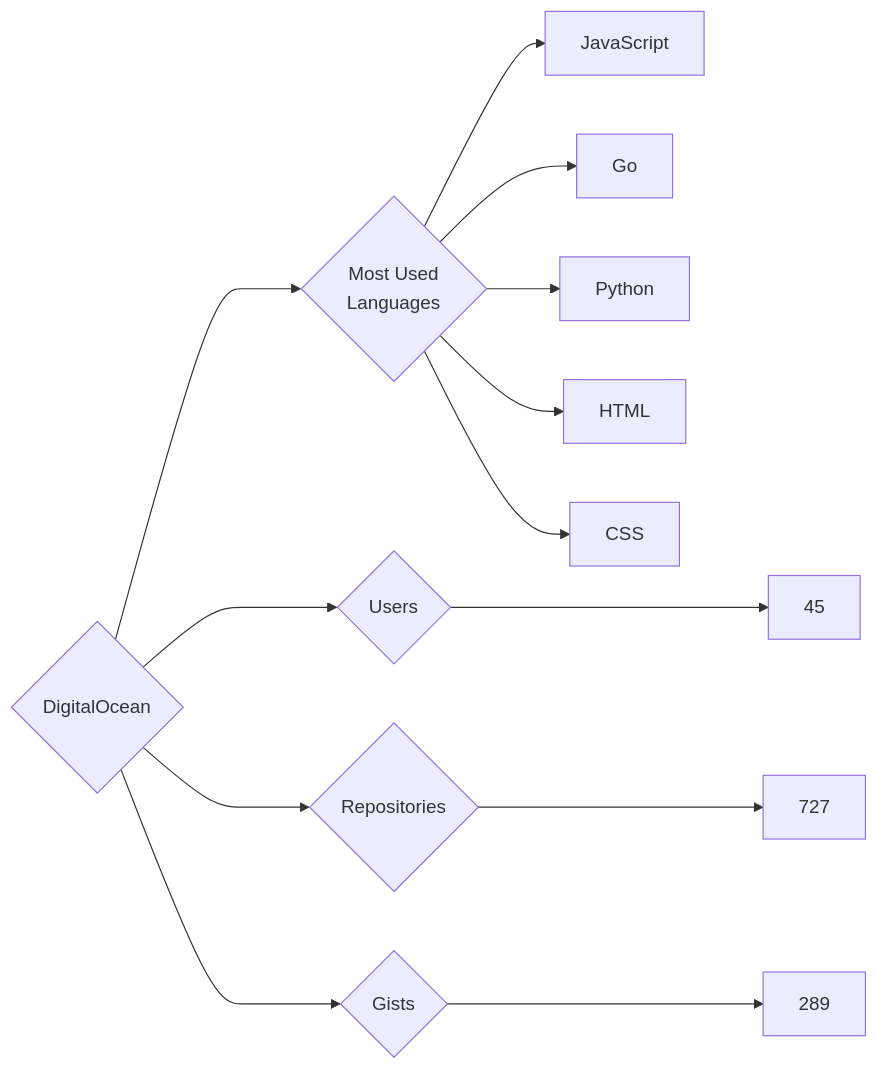
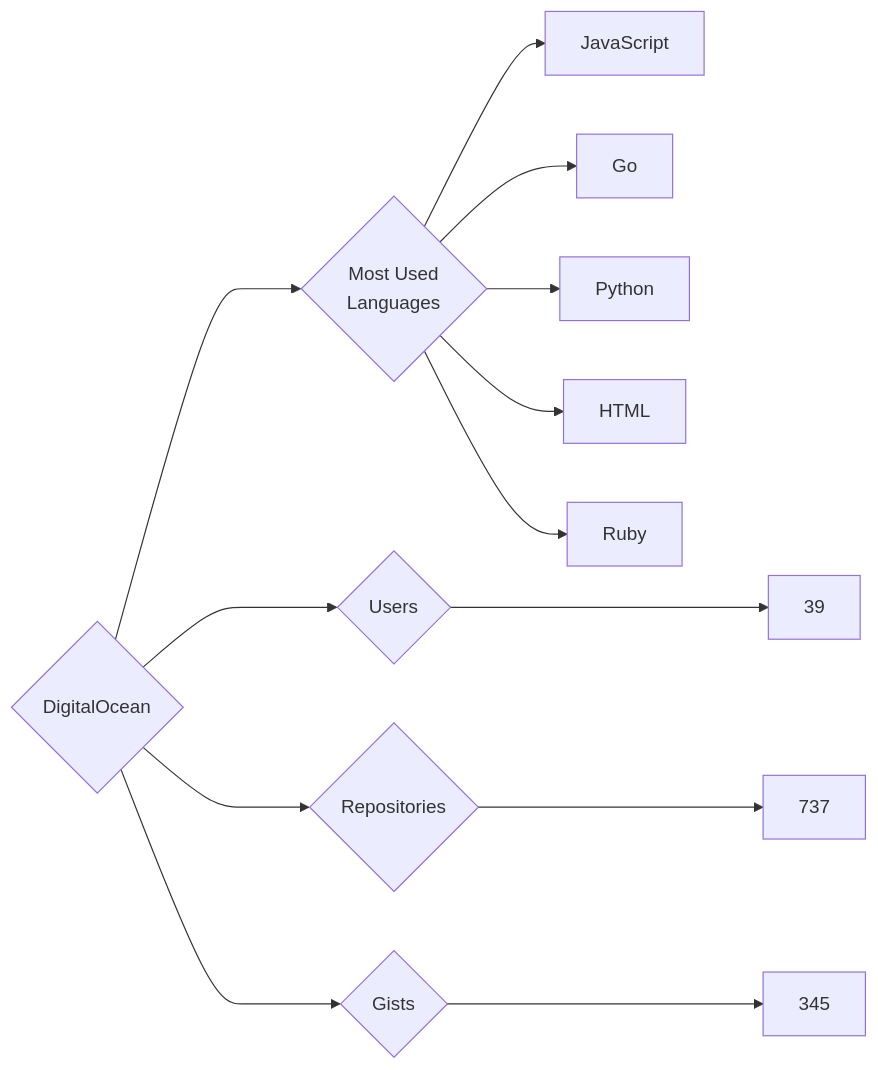
The diagram in targets/DigitalOcean/README.md (trickest/insiders), drawn with Mermaid before and after one commit. The commit also changed 965 other files, not shown here.

````diff
--- a/targets/DigitalOcean/README.md
+++ b/targets/DigitalOcean/README.md
@@ -3,13 +3,13 @@
 ```mermaid
 graph LR
 COMPANY_NAME{DigitalOcean}
-COMPANY_NAME ---> U{Users} ---> UN[45]
-COMPANY_NAME ---> R{Repositories} ---> RN[727]
-COMPANY_NAME ---> G{Gists} ---> GN[289]
+COMPANY_NAME ---> U{Users} ---> UN[39]
+COMPANY_NAME ---> R{Repositories} ---> RN[737]
+COMPANY_NAME ---> G{Gists} ---> GN[345]
 COMPANY_NAME ---> ML{Most Used<br>Languages}
 ML --> JavaScript[JavaScript]
 ML --> Go[Go]
 ML --> Python[Python]
 ML --> HTML[HTML]
-ML --> CSS[CSS]
+ML --> Ruby[Ruby]
 ```
````
